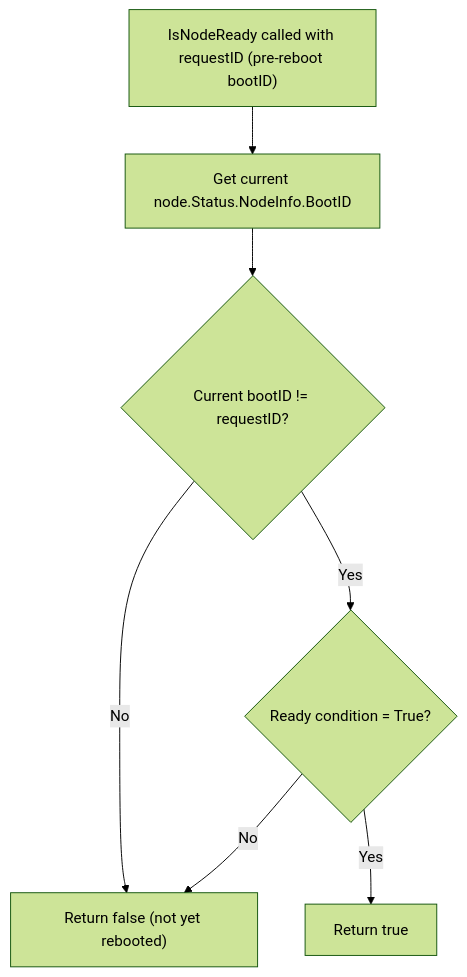
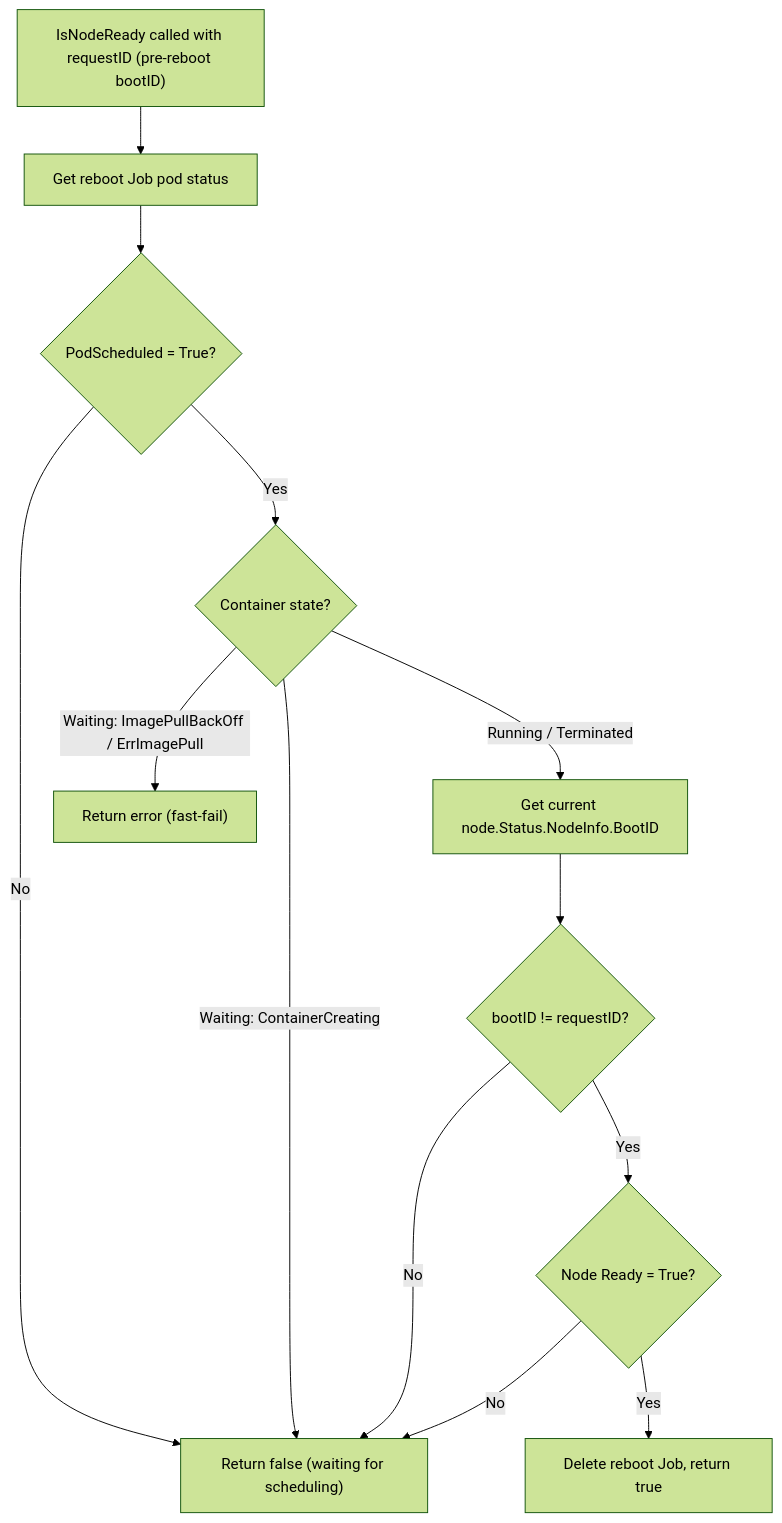
The fourth of 4 diagrams in docs/designs/028-generic-baremetal-reboot-provider.md (XRFXLP/NVSentinel), drawn with Mermaid (forest theme) before and after one commit. The commit also changed other lines of this file, not shown here.

````diff
--- a/docs/designs/028-generic-baremetal-reboot-provider.md
+++ b/docs/designs/028-generic-baremetal-reboot-provider.md
@@ -147,9 +140,15 @@
 ```mermaid
 flowchart TD
-    Start["IsNodeReady called with requestID (pre-reboot bootID)"] --> GetBoot["Get current node.Status.NodeInfo.BootID"]
-    GetBoot --> CheckBoot{"Current bootID != requestID?"}
-    CheckBoot -->|No| RetFalse["Return false (not yet rebooted)"]
-    CheckBoot -->|Yes| CheckReady{"Ready condition = True?"}
+    Start["IsNodeReady called with requestID (pre-reboot bootID)"] --> GetPod["Get reboot Job pod status"]
+    GetPod --> CheckScheduled{"PodScheduled = True?"}
+    CheckScheduled -->|No| RetFalse["Return false (waiting for scheduling)"]
+    CheckScheduled -->|Yes| CheckContainer{"Container state?"}
+    CheckContainer -->|"Waiting: ImagePullBackOff / ErrImagePull"| RetErr["Return error (fast-fail)"]
+    CheckContainer -->|"Waiting: ContainerCreating"| RetFalse
+    CheckContainer -->|"Running / Terminated"| GetBoot["Get current node.Status.NodeInfo.BootID"]
+    GetBoot --> CheckBoot{"bootID != requestID?"}
+    CheckBoot -->|No| RetFalse
+    CheckBoot -->|Yes| CheckReady{"Node Ready = True?"}
     CheckReady -->|No| RetFalse
-    CheckReady -->|Yes| RetTrue["Return true"]
+    CheckReady -->|Yes| Cleanup["Delete reboot Job, return true"]
 ```
````
